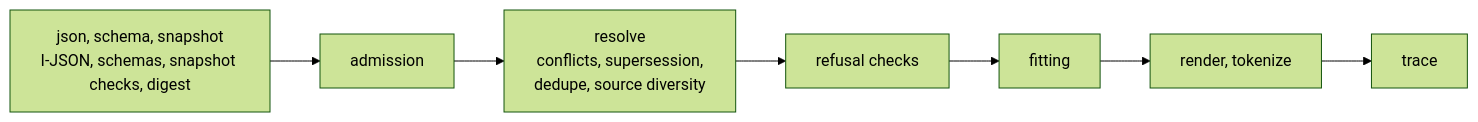
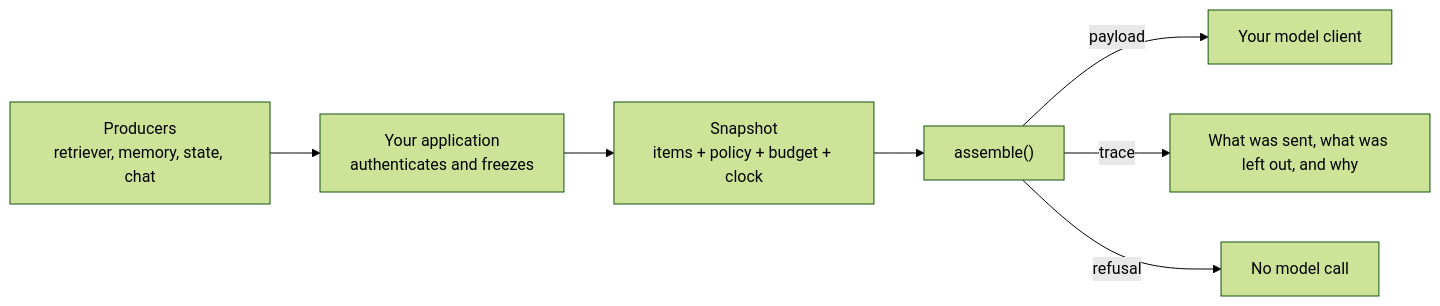
One commit to contextwindowarchitecture/assembler-rust changed the diagram in README.md. Above: the diagram before and after it, drawn with Mermaid (forest theme). The commit also changed other lines of this file and 3 other files, not shown here.

````diff
--- a/README.md
+++ b/README.md
@@ -54,9 +23,9 @@
 ```mermaid
 flowchart LR
-  J["json, schema, snapshot<br/>I-JSON, schemas, snapshot checks, digest"] --> A[admission]
-  A --> C["resolve<br/>conflicts, supersession,<br/>dedupe, source diversity"]
-  C --> R[refusal checks]
-  R --> F[fitting]
-  F --> P["render, tokenize"]
-  P --> T[trace]
+    P["Producers<br/>retriever, memory, state, chat"] --> A["Your application<br/>authenticates and freezes"]
+    A --> S["Snapshot<br/>items + policy + budget + clock"]
+    S --> X["assemble()"]
+    X -->|payload| M["Your model client"]
+    X -->|trace| T["What was sent, what was left out, and why"]
+    X -->|refusal| R["No model call"]
 ```
````
